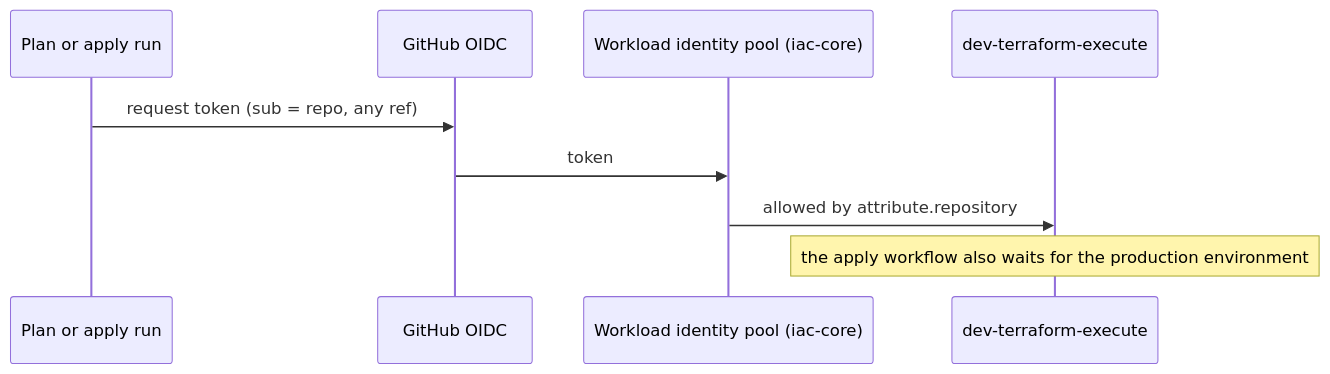
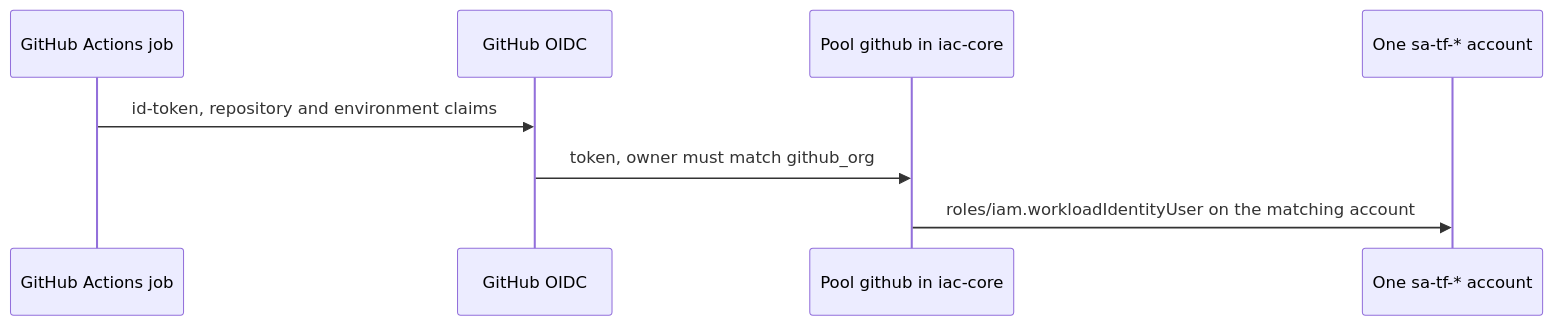
The second of 2 diagrams in docs/architecture.md (Rajendraladkat1919/gcp-foundation-bootstrap), drawn with Mermaid before and after one commit. The commit also changed other lines of this file and 39 other files, not shown here.

````diff
--- a/docs/architecture.md
+++ b/docs/architecture.md
@@ -28,11 +32,10 @@
 ```mermaid
 sequenceDiagram
-  participant Run as Plan or apply run
+  participant Run as GitHub Actions job
   participant GH as GitHub OIDC
-  participant WIF as Workload identity pool (iac-core)
-  participant SA as dev-terraform-execute
-  Run->>GH: request token (sub = repo, any ref)
-  GH->>WIF: token
-  WIF->>SA: allowed by attribute.repository
-  Note over SA: the apply workflow also waits for the production environment
+  participant WIF as Pool github in iac-core
+  participant SA as One sa-tf-* account
+  Run->>GH: id-token, repository and environment claims
+  GH->>WIF: token, owner must match github_org
+  WIF->>SA: roles/iam.workloadIdentityUser on the matching account
 ```
````
